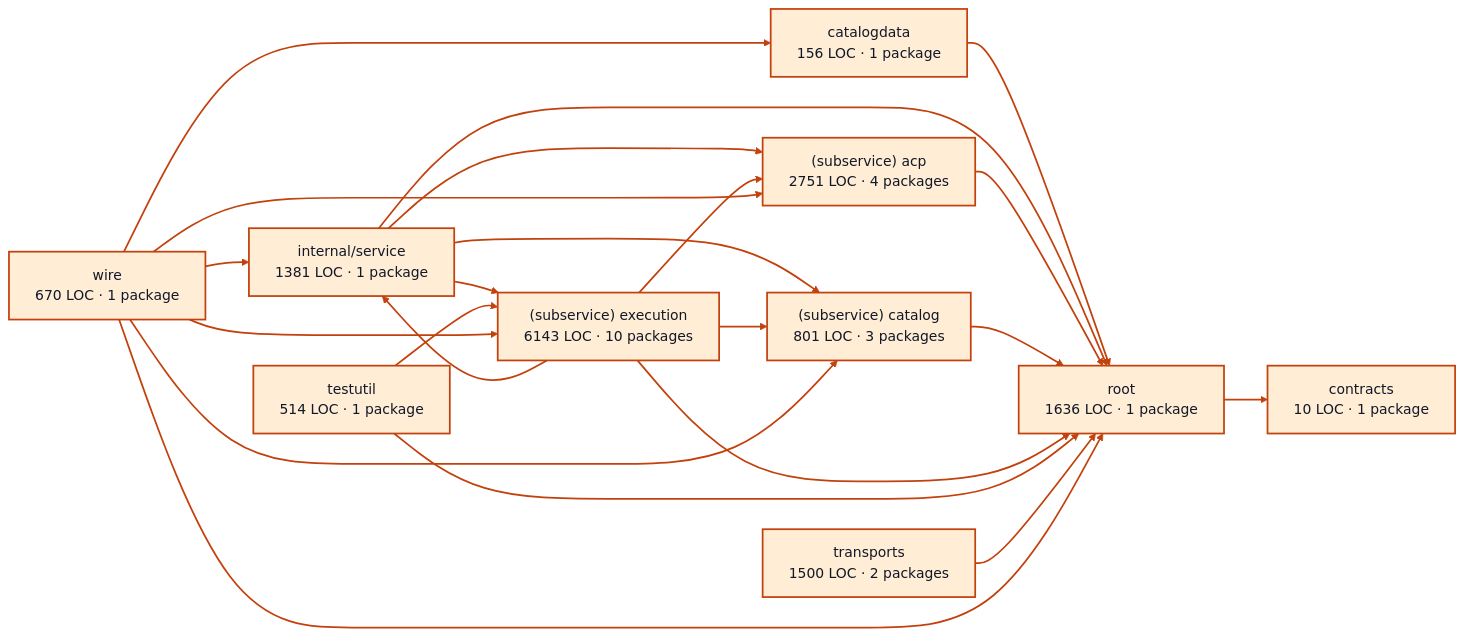
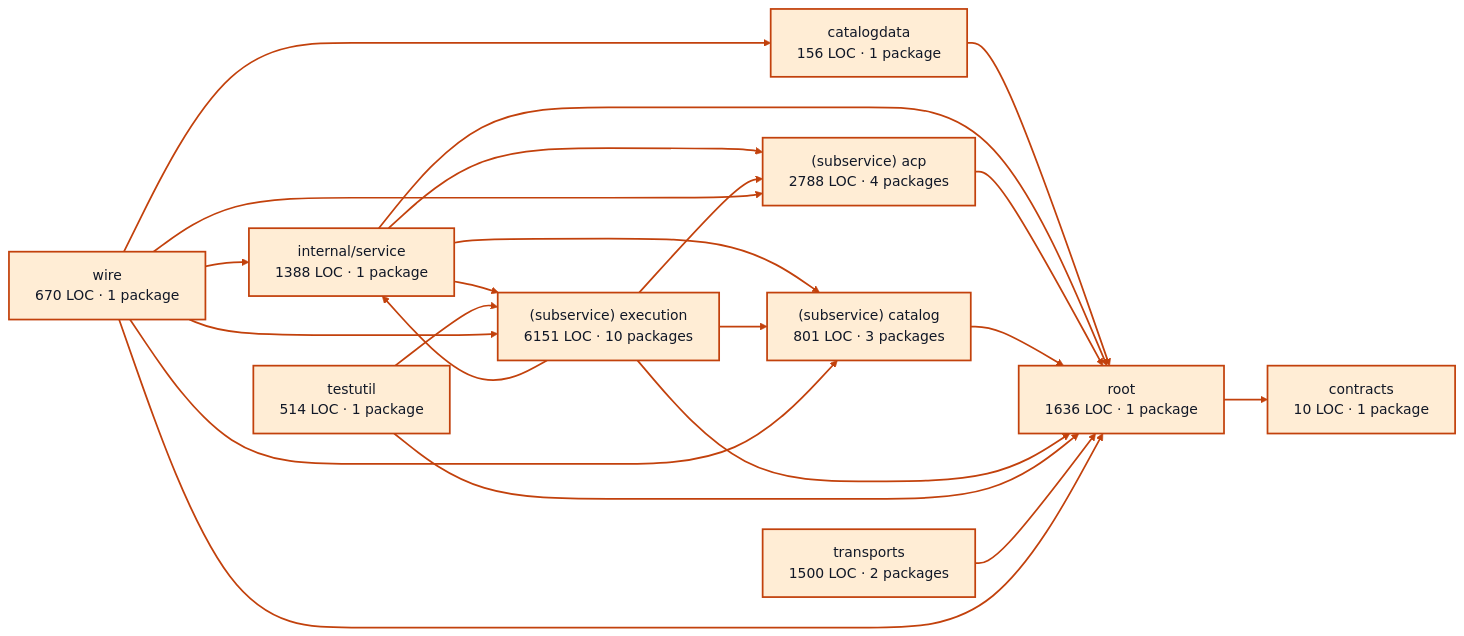
Before and after one commit to portpowered/you-agent-factory: the diagram in docs/architecture/visualizations/services/providers.md, drawn with Mermaid. The commit also changed other lines of this file and 21 other files, not shown here.

Commit message:
docs: refresh backend architecture visualizations

````diff
--- a/docs/architecture/visualizations/services/providers.md
+++ b/docs/architecture/visualizations/services/providers.md
@@ -11,45 +11,45 @@
 ```mermaid
 flowchart LR
   p0["catalogdata<br/>156 LOC · 1 package"]
   p1["contracts<br/>10 LOC · 1 package"]
-  p2["internal/service<br/>1381 LOC · 1 package"]
-  p3["(subservice) acp<br/>2751 LOC · 4 packages"]
+  p2["internal/service<br/>1388 LOC · 1 package"]
+  p3["(subservice) acp<br/>2788 LOC · 4 packages"]
   p4["(subservice) catalog<br/>801 LOC · 3 packages"]
-  p5["(subservice) execution<br/>6143 LOC · 10 packages"]
+  p5["(subservice) execution<br/>6151 LOC · 10 packages"]
   p6["testutil<br/>514 LOC · 1 package"]
   p7["root<br/>1636 LOC · 1 package"]
   p8["transports<br/>1500 LOC · 2 packages"]
   p9["wire<br/>670 LOC · 1 package"]
   p0 --> p7
   p2 --> p3
   p2 --> p4
   p2 --> p5
   p2 --> p7
   p3 --> p7
   p4 --> p7
   p5 --> p2
   p5 --> p3
   p5 --> p4
   p5 --> p7
   p6 --> p5
   p6 --> p7
   p7 --> p1
   p8 --> p7
   p9 --> p0
   p9 --> p2
   p9 --> p3
   p9 --> p4
   p9 --> p5
   p9 --> p7
   style p0 fill:#ffedd5,stroke:#c2410c,stroke-width:2px,color:#111827
   style p1 fill:#ffedd5,stroke:#c2410c,stroke-width:2px,color:#111827
   style p2 fill:#ffedd5,stroke:#c2410c,stroke-width:2px,color:#111827
   style p3 fill:#ffedd5,stroke:#c2410c,stroke-width:2px,color:#111827
   style p4 fill:#ffedd5,stroke:#c2410c,stroke-width:2px,color:#111827
   style p5 fill:#ffedd5,stroke:#c2410c,stroke-width:2px,color:#111827
   style p6 fill:#ffedd5,stroke:#c2410c,stroke-width:2px,color:#111827
   style p7 fill:#ffedd5,stroke:#c2410c,stroke-width:2px,color:#111827
   style p8 fill:#ffedd5,stroke:#c2410c,stroke-width:2px,color:#111827
   style p9 fill:#ffedd5,stroke:#c2410c,stroke-width:2px,color:#111827
   linkStyle default stroke:#c2410c,stroke-width:2px
 ```
````
